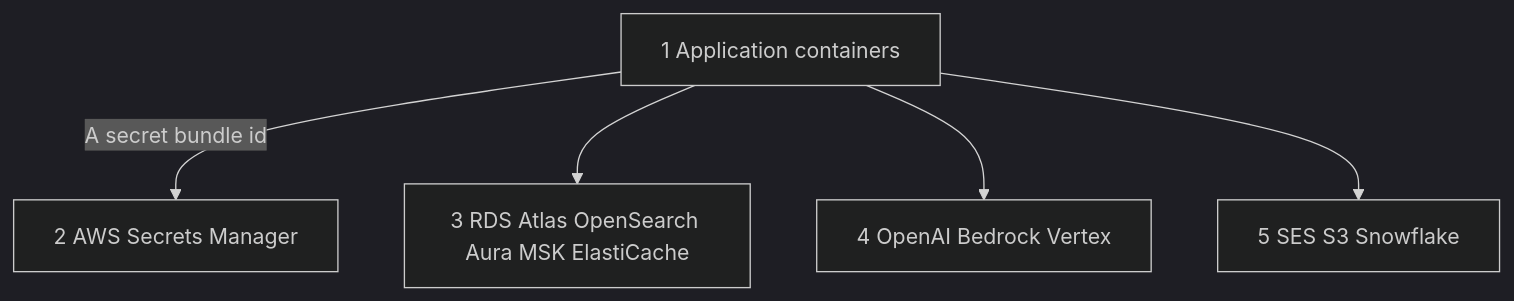
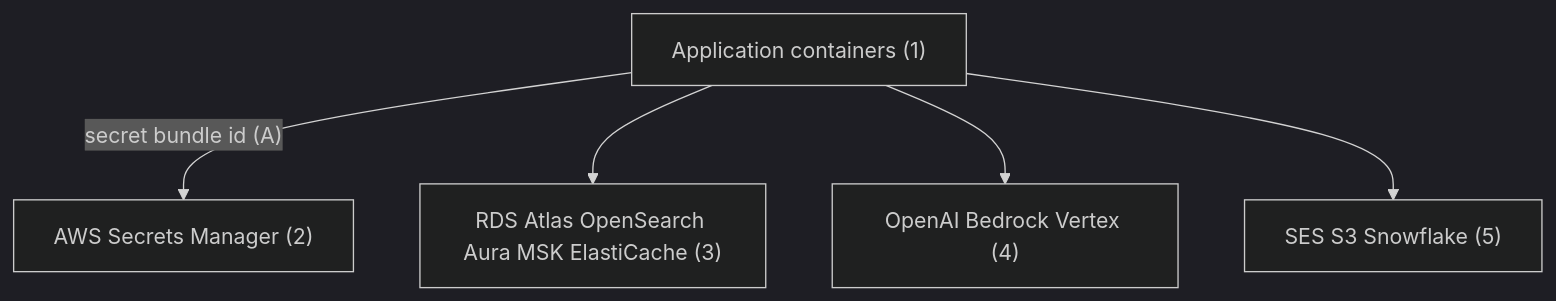
The diagram in docs/diagrams/system-flow-staging-prod.mmd (OferElboher/suspicious-email-triage), drawn with Mermaid (dark theme) before and after one commit. The commit also changed 9 other files, not shown here.

First line of the commit message:
Document partial flowcharts in prose and normalize diagram labels.

```diff
--- a/docs/diagrams/system-flow-staging-prod.mmd
+++ b/docs/diagrams/system-flow-staging-prod.mmd
@@ -1,11 +1,11 @@
 flowchart TB
-  APP["1 Application containers"]
-  SM["2 AWS Secrets Manager"]
-  DATA["3 RDS Atlas OpenSearch Aura MSK ElastiCache"]
-  AI["4 OpenAI Bedrock Vertex"]
-  OUT["5 SES S3 Snowflake"]
+  APP["Application containers (1)"]
+  SM["AWS Secrets Manager (2)"]
+  DATA["RDS Atlas OpenSearch Aura MSK ElastiCache (3)"]
+  AI["OpenAI Bedrock Vertex (4)"]
+  OUT["SES S3 Snowflake (5)"]
 
-  APP -->|"A secret bundle id"| SM
+  APP -->|"secret bundle id (A)"| SM
   APP --> DATA
   APP --> AI
   APP --> OUT
```
